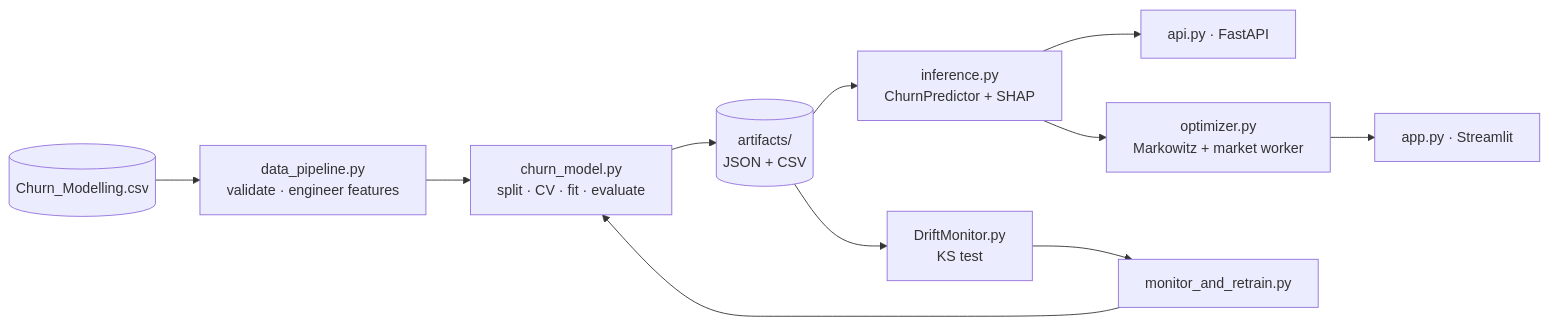
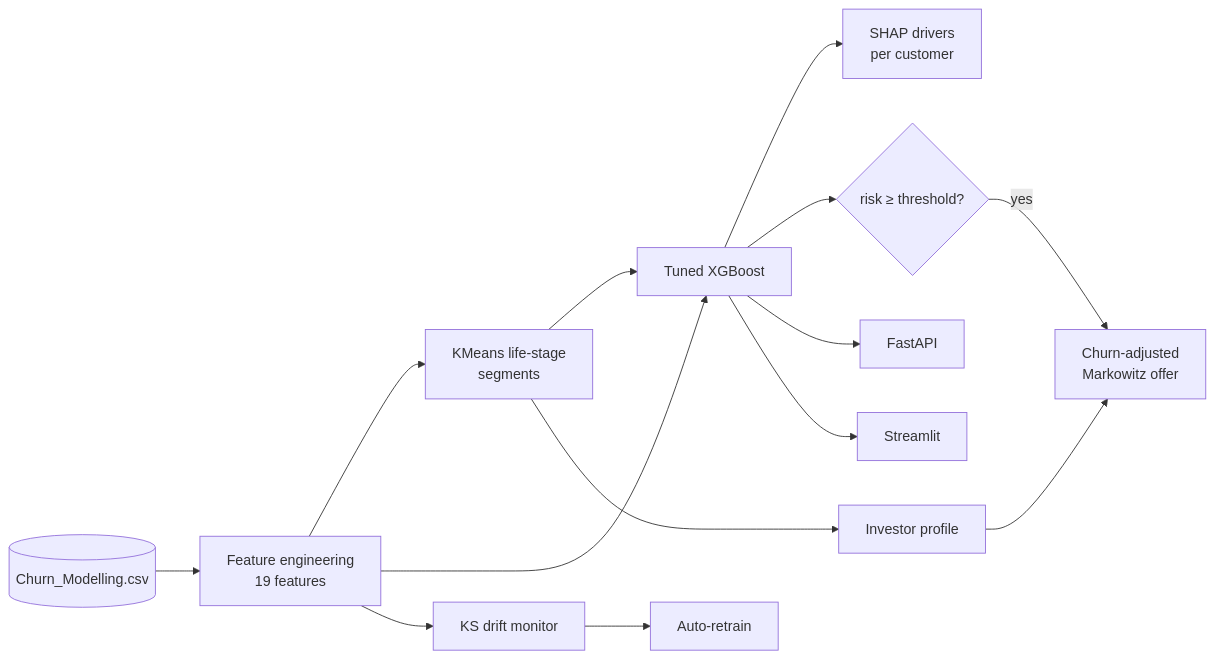
One commit to Har-Khachatryan/aegisquant-engine changed the diagram in README.md. Above: the diagram before and after it, drawn with Mermaid. The commit also changed other lines of this file and 17 other files, not shown here.

````diff
--- a/README.md
+++ b/README.md
@@ -75,13 +68,15 @@
 ```mermaid
 flowchart LR
-    CSV[(Churn_Modelling.csv)] --> DP[data_pipeline.py<br/>validate · engineer features]
-    DP --> TR[churn_model.py<br/>split · CV · fit · evaluate]
-    TR --> ART[(artifacts/<br/>JSON + CSV)]
-    ART --> INF[inference.py<br/>ChurnPredictor + SHAP]
-    INF --> API[api.py · FastAPI]
-    INF --> OPT[optimizer.py<br/>Markowitz + market worker]
-    OPT --> UI[app.py · Streamlit]
-    ART --> DM[DriftMonitor.py<br/>KS test]
-    DM --> RT[monitor_and_retrain.py]
-    RT --> TR
+    CSV[(Churn_Modelling.csv)] --> FE[Feature engineering<br/>19 features]
+    FE --> KM[KMeans life-stage<br/>segments]
+    KM --> XGB[Tuned XGBoost]
+    FE --> XGB
+    XGB --> SHAP[SHAP drivers<br/>per customer]
+    XGB --> DEC{risk ≥ threshold?}
+    KM --> PROF[Investor profile]
+    DEC -->|yes| MKW[Churn-adjusted<br/>Markowitz offer]
+    PROF --> MKW
+    XGB --> API[FastAPI]
+    XGB --> UI[Streamlit]
+    FE --> DRIFT[KS drift monitor] --> RETRAIN[Auto-retrain]
 ```
````
